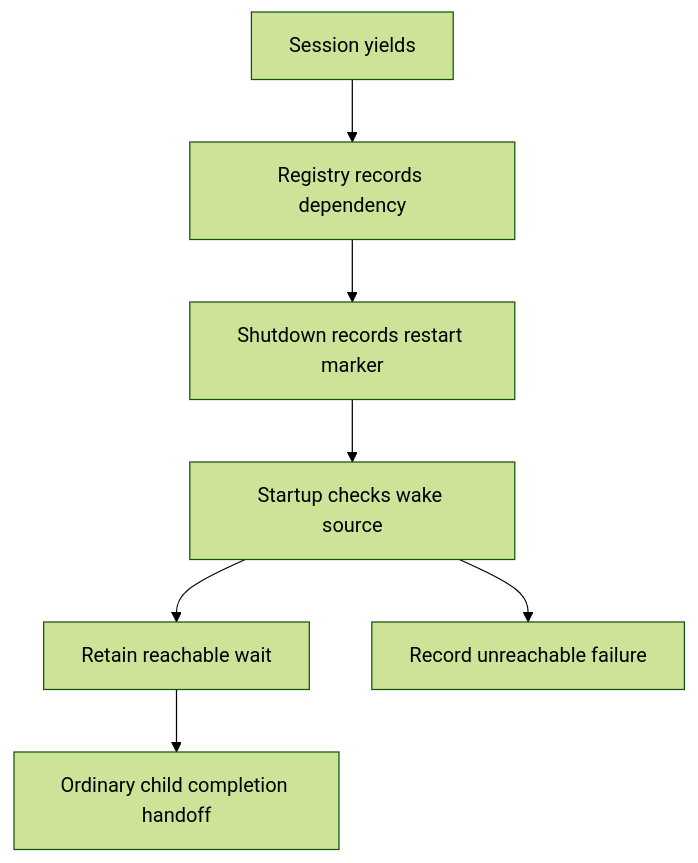
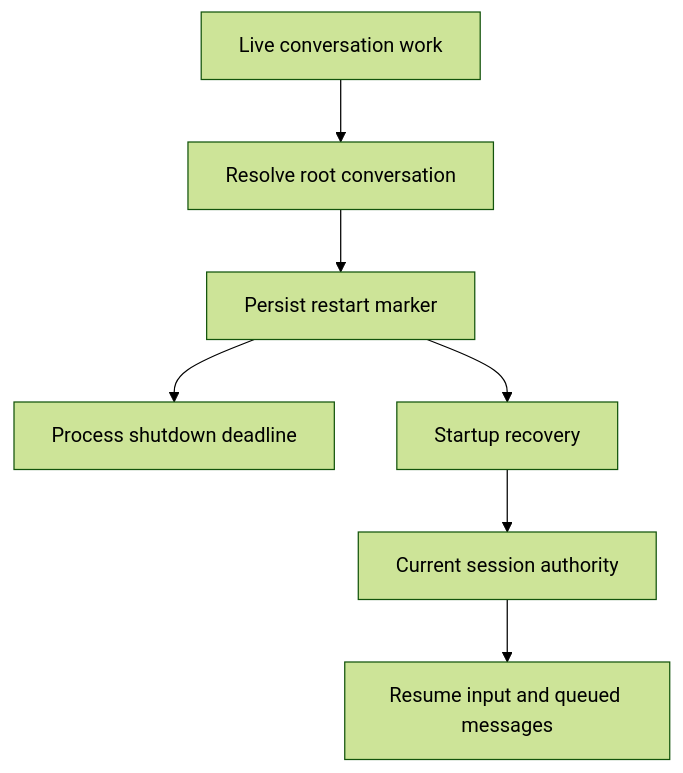
Before and after one commit to miguelbranco80/openclaw-bug-origins: the diagram in fix-origins/clawsweeper/bundles/0081.full.md, drawn with Mermaid (forest theme). The commit also changed other lines of this file and 6464 other files, not shown here.

````diff
--- a/fix-origins/clawsweeper/bundles/0081.full.md
+++ b/fix-origins/clawsweeper/bundles/0081.full.md
@@ -57,9 +54,9 @@
 ```mermaid
 flowchart TD
-  A[Session yields] --> B[Registry records dependency]
-  B --> C[Shutdown records restart marker]
-  C --> D[Startup checks wake source]
-  D --> E[Retain reachable wait]
-  D --> F[Record unreachable failure]
-  E --> G[Ordinary child completion handoff]
+  A[Live conversation work] --> B[Resolve root conversation]
+  B --> C[Persist restart marker]
+  C --> D[Process shutdown deadline]
+  C --> E[Startup recovery]
+  E --> F[Current session authority]
+  F --> G[Resume input and queued messages]
 ```
````
